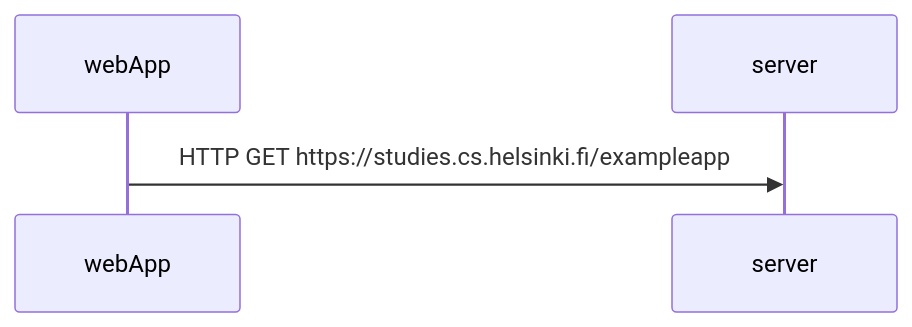
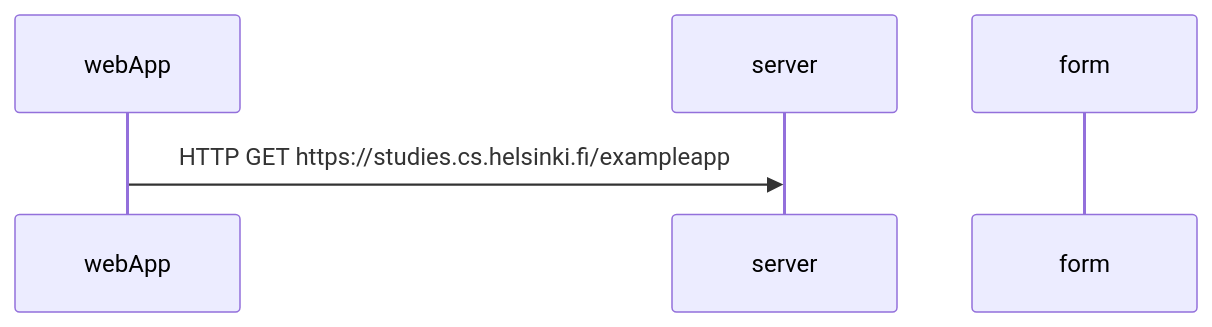
One commit to Dago04/part0 changed the diagram in 0.4.md. Above: the diagram before and after it, drawn with Mermaid.

````diff
--- a/0.4.md
+++ b/0.4.md
@@ -1,6 +1,7 @@
 ```mermaid
 sequenceDiagram
      participant webApp
      participant server
+     participant form
      webApp->>server: HTTP GET https://studies.cs.helsinki.fi/exampleapp 
 ```
````
